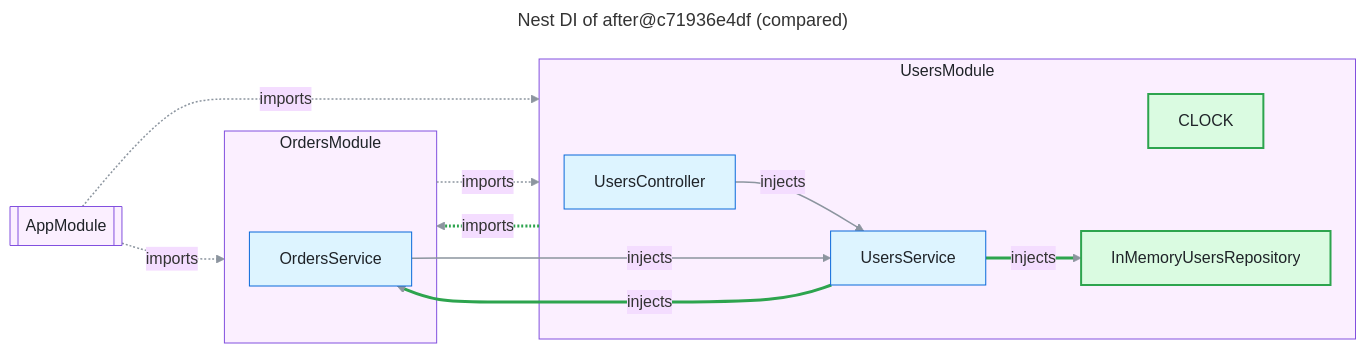
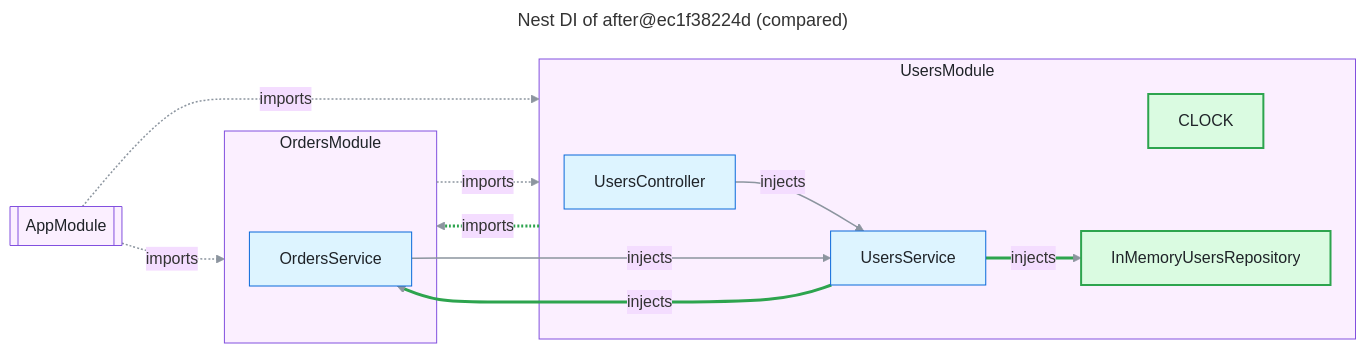
Before and after one commit to FullFran/archsieve: the diagram in examples/nest-shop/nest-compare.mmd, drawn with Mermaid (base theme). The commit also changed 30 other files, not shown here.

```diff
--- a/examples/nest-shop/nest-compare.mmd
+++ b/examples/nest-shop/nest-compare.mmd
@@ -1,38 +1,38 @@
 ---
-title: "Nest DI of after@c71936e4df (compared)"
+title: "Nest DI of after@ec1f38224d (compared)"
 ---
 flowchart LR
   n1[["AppModule"]]:::module
   subgraph n2["OrdersModule"]
     n4["OrdersService"]:::code
   end
   style n2 fill:#fbefff,stroke:#8250df,color:#1f2328
   subgraph n3["UsersModule"]
     n0["UsersController"]:::code
     n5["CLOCK"]:::added
     n6["InMemoryUsersRepository"]:::added
     n7["UsersService"]:::code
   end
   style n3 fill:#fbefff,stroke:#8250df,color:#1f2328
   n0 -->|"injects"| n7
   n1 -.->|"imports"| n2
   n1 -.->|"imports"| n3
   n2 -.->|"imports"| n3
   n3 -.->|"imports"| n2
   n4 -->|"injects"| n7
   n7 -->|"injects"| n4
   n7 -->|"injects"| n6
   linkStyle default stroke:#8c959f,stroke-width:1.5px
   linkStyle 4 stroke:#2da44e,stroke-width:3px
   linkStyle 6 stroke:#2da44e,stroke-width:3px
   linkStyle 7 stroke:#2da44e,stroke-width:3px
   classDef code fill:#ddf4ff,stroke:#0969da,color:#1f2328
   classDef external fill:#fff8c5,stroke:#9a6700,color:#1f2328
   classDef module fill:#fbefff,stroke:#8250df,color:#1f2328
   classDef added fill:#dafbe1,stroke:#2da44e,stroke-width:2px,color:#1f2328
   classDef removed fill:#ffebe9,stroke:#cf222e,stroke-dasharray:4 3,color:#1f2328
   classDef boundary fill:#f6f8fa,stroke:#57606a,stroke-dasharray:6 4,color:#1f2328
   classDef container fill:#ddf4ff,stroke:#0969da,stroke-width:2px,color:#1f2328
   classDef unverified fill:#ffffff,stroke:#0969da,stroke-width:2px,stroke-dasharray:5 3,color:#1f2328
   classDef undeclared fill:#fff1e5,stroke:#bc4c00,stroke-width:2px,color:#1f2328
   classDef focus fill:#ddf4ff,stroke:#0969da,stroke-width:4px,color:#1f2328
```
